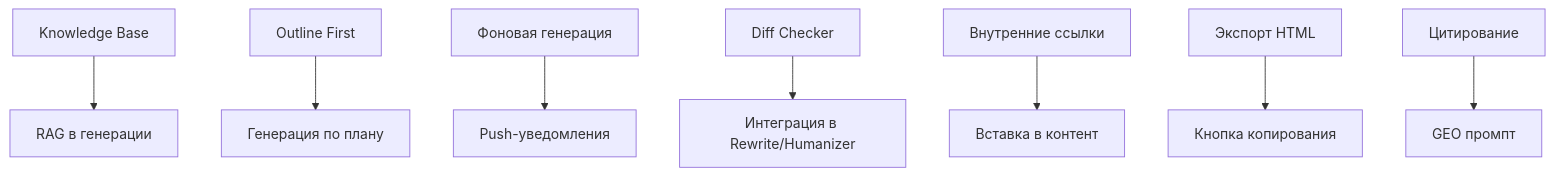
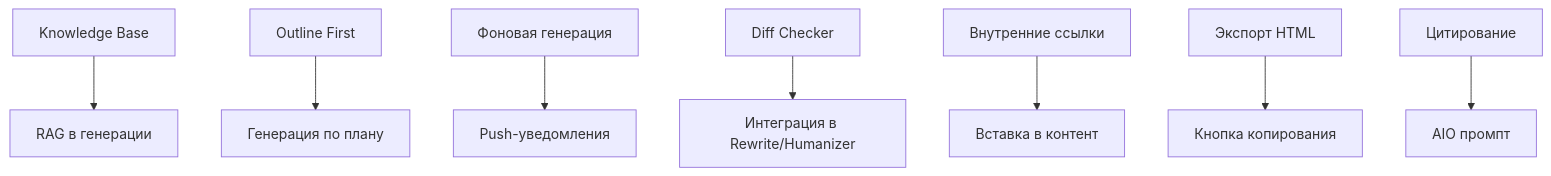
One commit to mdseyam-as/SEOau changed the diagram in plans/feature-development-plan.md. Above: the diagram before and after it, drawn with Mermaid. The commit also changed other lines of this file and 30 other files, not shown here.

Commit message:
Rename GEO mode to AIO

````diff
--- a/plans/feature-development-plan.md
+++ b/plans/feature-development-plan.md
@@ -1975,10 +1975,10 @@
 ```mermaid
 graph TD
     A[Knowledge Base] --> B[RAG в генерации]
     C[Outline First] --> D[Генерация по плану]
     E[Фоновая генерация] --> F[Push-уведомления]
     G[Diff Checker] --> H[Интеграция в Rewrite/Humanizer]
     I[Внутренние ссылки] --> J[Вставка в контент]
     K[Экспорт HTML] --> L[Кнопка копирования]
-    M[Цитирование] --> N[GEO промпт]
+    M[Цитирование] --> N[AIO промпт]
 ```
````
